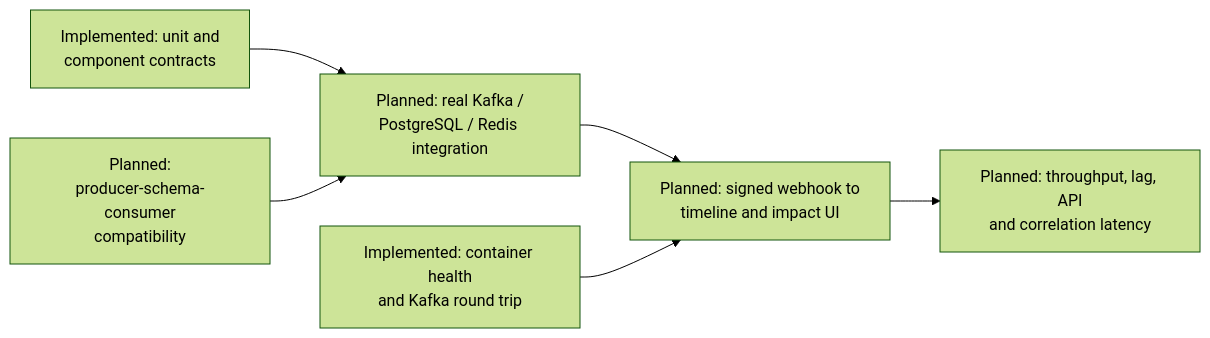
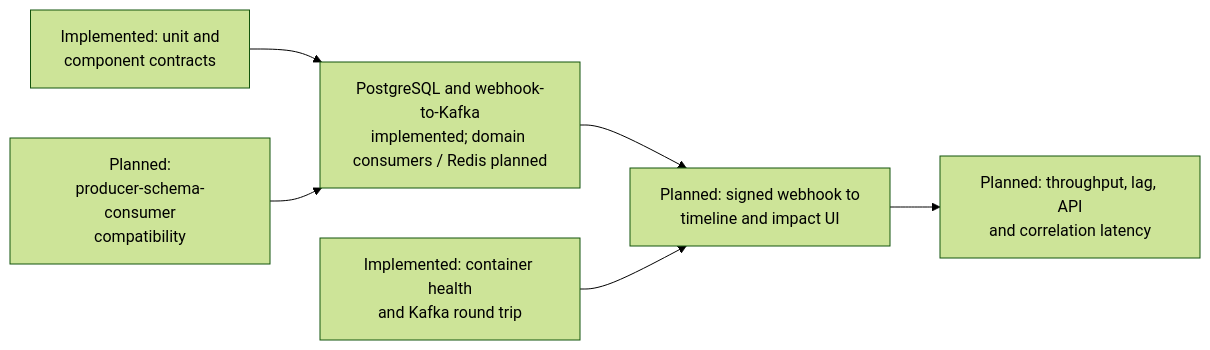
Diagram 32 of 41 in README.md (ChangeGuardHQ/changuard-platform), drawn with Mermaid (forest theme) before and after one commit. The commit also changed other lines of this file and 29 other files, not shown here.

Commit message:
added postgreSQL and connector persistence

````diff
--- a/README.md
+++ b/README.md
@@ -2275,8 +2299,8 @@
 ```mermaid
 flowchart LR
-    Unit["Implemented: unit and<br/>component contracts"] --> Integration["Planned: real Kafka /<br/>PostgreSQL / Redis integration"]
+    Unit["Implemented: unit and<br/>component contracts"] --> Integration["PostgreSQL and webhook-to-Kafka<br/>implemented; domain consumers / Redis planned"]
     Schema["Planned:<br/>producer-schema-consumer<br/>compatibility"] --> Integration
     Integration --> E2E["Planned: signed webhook to<br/>timeline and impact UI"]
     Smoke["Implemented: container health<br/>and Kafka round trip"] --> E2E
     E2E --> Load["Planned: throughput, lag, API<br/>and correlation latency"]
 ```
````
